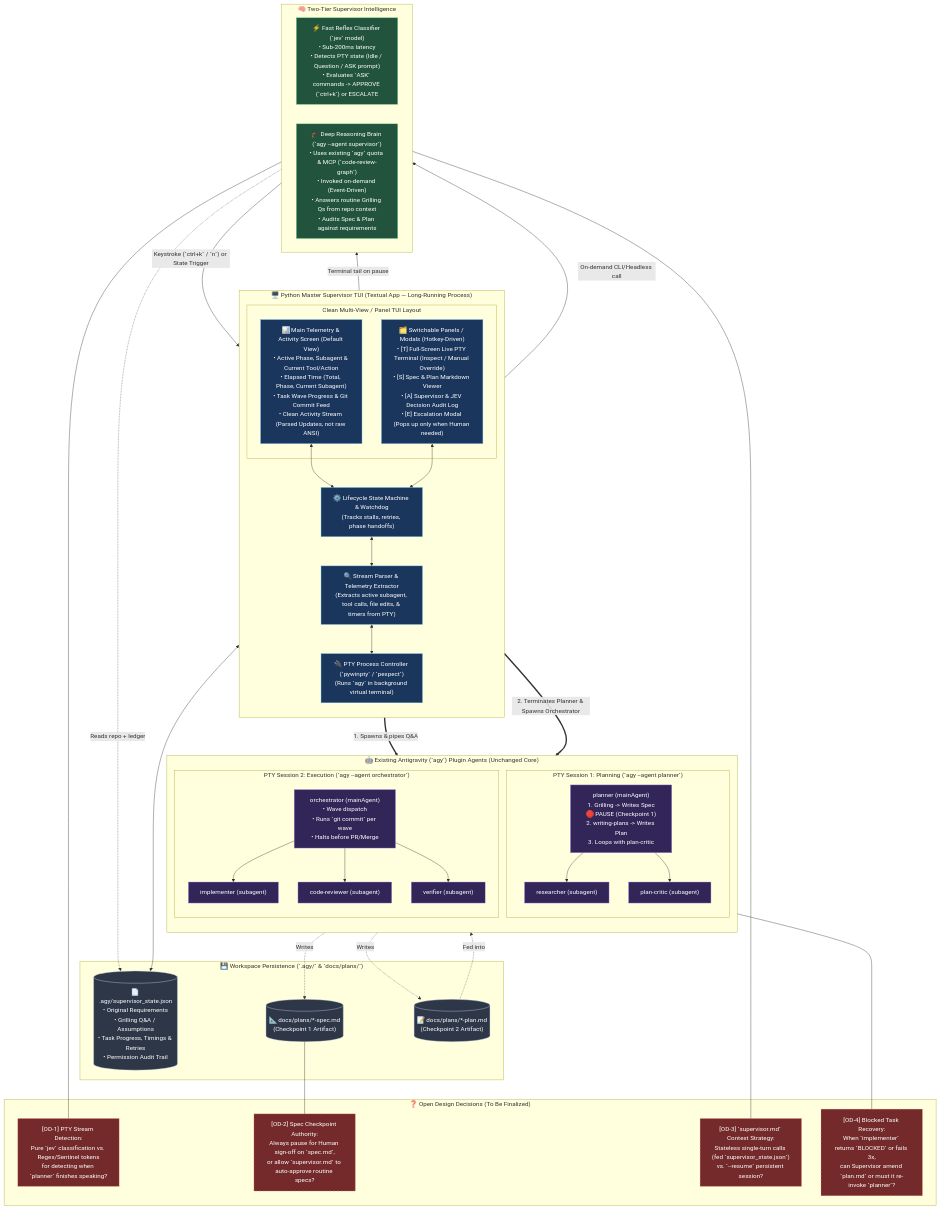
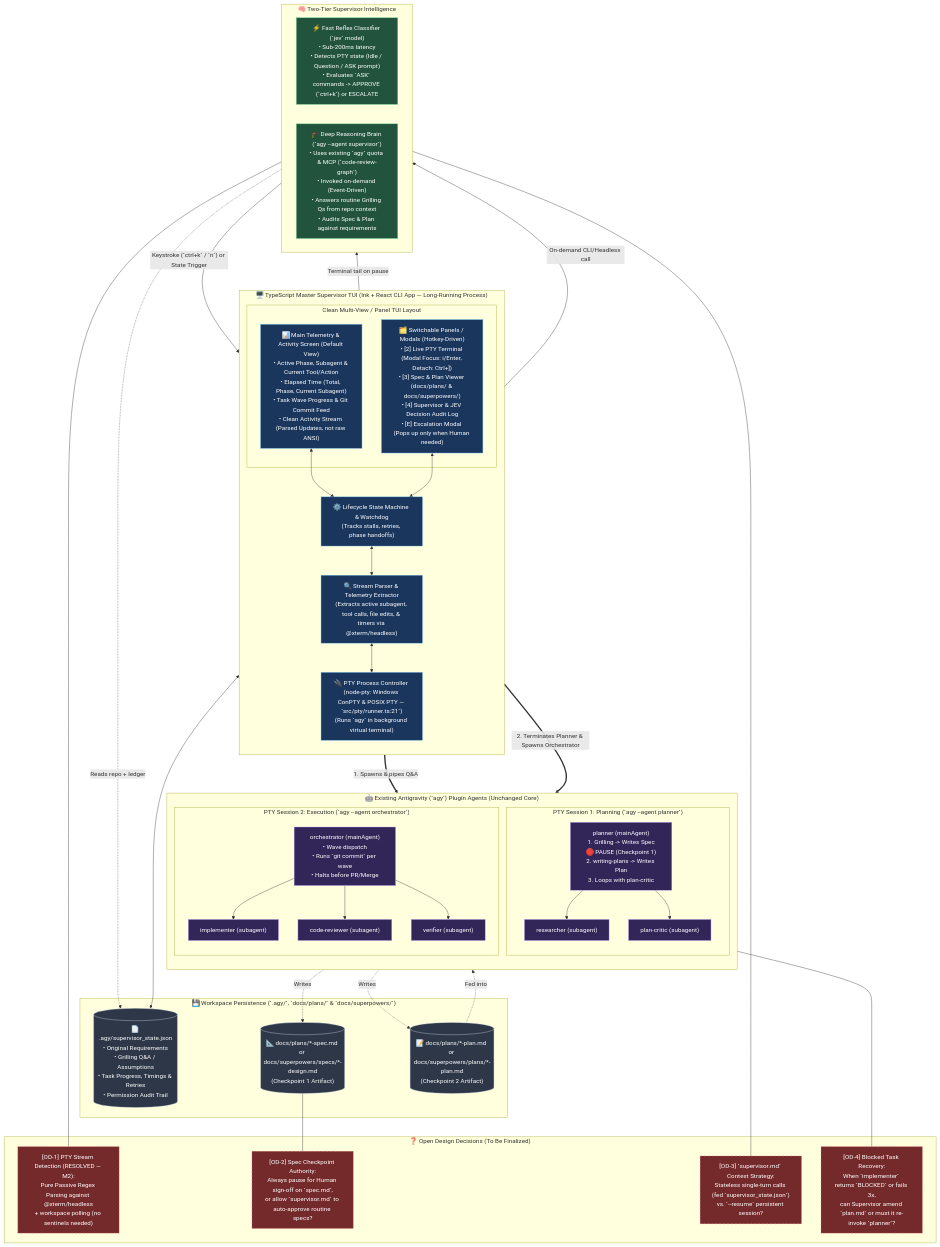
Before and after one commit to Arcader1500/AntigravityMasterSupervisor: the first of 2 diagrams in docs/antigravity_master_supervisor_architecture.md, drawn with Mermaid. The commit also changed other lines of this file and 3 other files, not shown here.

Commit message:
docs(arch): update architecture status for Phase 2 and configure Ink/xterm dependencies

```diff
--- a/docs/antigravity_master_supervisor_architecture.md
+++ b/docs/antigravity_master_supervisor_architecture.md
@@ -25,18 +30,18 @@
     %% ─────────────────────────────────────────────────────────────
     %% LAYER 1: HUMAN & TUI PRESENTATION LAYER
     %% ─────────────────────────────────────────────────────────────
-    subgraph TUI_APP["🖥️ Python Master Supervisor TUI (Textual App — Long-Running Process)"]
+    subgraph TUI_APP["🖥️ TypeScript Master Supervisor TUI (Ink + React CLI App — Long-Running Process)"]
         direction TB
         
         subgraph UI_VIEWS["Clean Multi-View / Panel TUI Layout"]
             MAIN_VIEW["📊 Main Telemetry & Activity Screen (Default View)<br/>• Active Phase, Subagent & Current Tool/Action<br/>• Elapsed Time (Total, Phase, Current Subagent)<br/>• Task Wave Progress & Git Commit Feed<br/>• Clean Activity Stream (Parsed Updates, not raw ANSI)"]
             
-            SUB_PANELS["🗂️ Switchable Panels / Modals (Hotkey-Driven)<br/>• [T] Full-Screen Live PTY Terminal (Inspect / Manual Override)<br/>• [S] Spec & Plan Markdown Viewer<br/>• [A] Supervisor & JEV Decision Audit Log<br/>• [E] Escalation Modal (Pops up only when Human needed)"]
+            SUB_PANELS["🗂️ Switchable Panels / Modals (Hotkey-Driven)<br/>• [2] Live PTY Terminal (Modal Focus: i/Enter, Detach: Ctrl+])<br/>• [3] Spec & Plan Viewer (docs/plans/ & docs/superpowers/)<br/>• [4] Supervisor & JEV Decision Audit Log<br/>• [E] Escalation Modal (Pops up only when Human needed)"]
         end
 
-        PARSER["🔍 Stream Parser & Telemetry Extractor<br/>(Extracts active subagent, tool calls, file edits, & timers from PTY)"]
+        PARSER["🔍 Stream Parser & Telemetry Extractor<br/>(Extracts active subagent, tool calls, file edits, & timers via @xterm/headless)"]
         STATE_MGR["⚙️ Lifecycle State Machine & Watchdog<br/>(Tracks stalls, retries, phase handoffs)"]
-        PTY_CTRL["🔌 PTY Process Controller (`pywinpty` / `pexpect`)<br/>(Runs `agy` in background virtual terminal)"]
+        PTY_CTRL["🔌 PTY Process Controller (node-pty: Windows ConPTY & POSIX PTY — `src/pty/runner.ts:21`)<br/>(Runs `agy` in background virtual terminal)"]
         
         MAIN_VIEW <--> STATE_MGR
         SUB_PANELS <--> STATE_MGR
@@ -47,10 +52,10 @@
     %% ─────────────────────────────────────────────────────────────
     %% LAYER 2: PERSISTENT WORKSPACE LEDGER
     %% ─────────────────────────────────────────────────────────────
-    subgraph DISK["💾 Workspace Persistence (`.agy/` & `docs/plans/`)"]
+    subgraph DISK["💾 Workspace Persistence (`.agy/`, `docs/plans/` & `docs/superpowers/`)"]
         LEDGER[("📄 .agy/supervisor_state.json<br/>• Original Requirements<br/>• Grilling Q&A / Assumptions<br/>• Task Progress, Timings & Retries<br/>• Permission Audit Trail")]
-        SPEC_DOC[("📐 docs/plans/*-spec.md<br/>(Checkpoint 1 Artifact)")]
-        PLAN_DOC[("📝 docs/plans/*-plan.md<br/>(Checkpoint 2 Artifact)")]
+        SPEC_DOC[("📐 docs/plans/*-spec.md or docs/superpowers/specs/*-design.md<br/>(Checkpoint 1 Artifact)")]
+        PLAN_DOC[("📝 docs/plans/*-plan.md or docs/superpowers/plans/*-plan.md<br/>(Checkpoint 2 Artifact)")]
     end
 
     STATE_MGR <--> LEDGER
@@ -105,7 +110,7 @@
     %% OPEN DESIGN DECISIONS (ANNOTATED IN ARCHITECTURE)
     %% ─────────────────────────────────────────────────────────────
     subgraph OPEN_DECISIONS["❓ Open Design Decisions (To Be Finalized)"]
-        OD1["[OD-1] PTY Stream Detection:<br/>Pure `jev` classification vs. Regex/Sentinel tokens<br/>for detecting when `planner` finishes speaking?"]
+        OD1["[OD-1] PTY Stream Detection (RESOLVED — M2):<br/>Pure Passive Regex Parsing against @xterm/headless<br/>+ workspace polling (no sentinels needed)"]
         OD2["[OD-2] Spec Checkpoint Authority:<br/>Always pause for Human sign-off on `spec.md`,<br/>or allow `supervisor.md` to auto-approve routine specs?"]
         OD3["[OD-3] `supervisor.md` Context Strategy:<br/>Stateless single-turn calls (fed `supervisor_state.json`)<br/>vs. `--resume` persistent session?"]
         OD4["[OD-4] Blocked Task Recovery:<br/>When `implementer` returns `BLOCKED` or fails 3x,<br/>can Supervisor amend `plan.md` or must it re-invoke `planner`?"]
```
